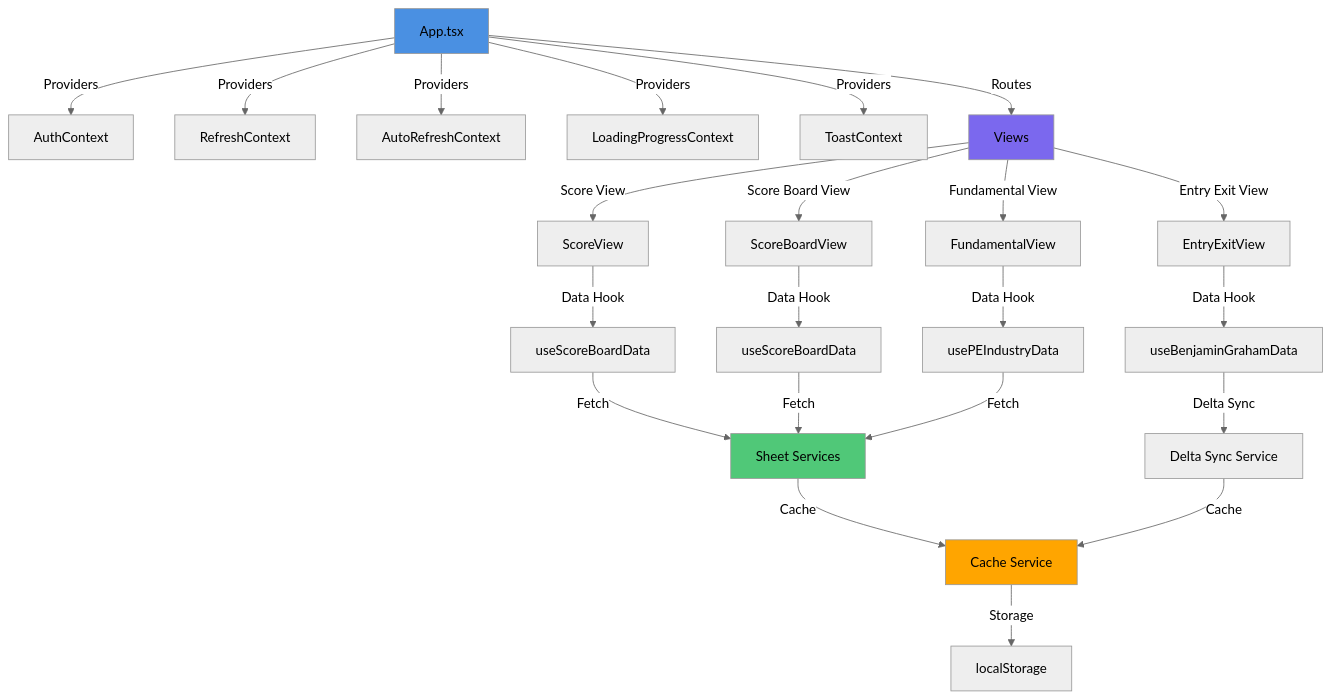
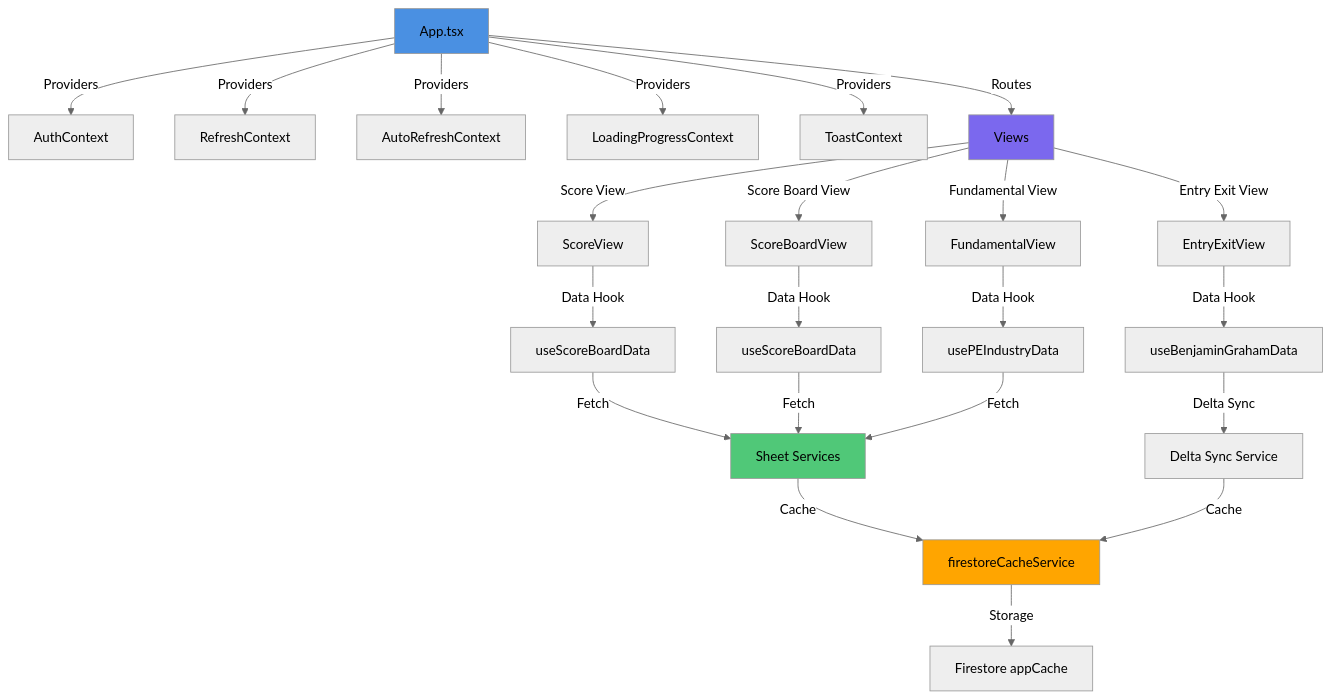
One commit to ABNAPP/STOCK-SCORE changed the fifth of 6 diagrams in README.md. Above: the diagram before and after it, drawn with Mermaid (neutral theme). The commit also changed other lines of this file, not shown here.

Commit message:
docs: update cache strategy to Firestore appCache (remove localStorage data cache)

````diff
--- a/README.md
+++ b/README.md
@@ -211,33 +206,33 @@
 ```mermaid
 graph TD
     A[App.tsx] -->|Providers| B[AuthContext]
     A -->|Providers| C[RefreshContext]
     A -->|Providers| D[AutoRefreshContext]
     A -->|Providers| E[LoadingProgressContext]
     A -->|Providers| F[ToastContext]
     
     A -->|Routes| G[Views]
     G -->|Score View| H[ScoreView]
     G -->|Score Board View| I[ScoreBoardView]
     G -->|Entry Exit View| J[EntryExitView]
     G -->|Fundamental View| K[FundamentalView]
     
     H -->|Data Hook| L[useScoreBoardData]
     I -->|Data Hook| M[useScoreBoardData]
     J -->|Data Hook| N[useBenjaminGrahamData]
     K -->|Data Hook| O[usePEIndustryData]
     
     L -->|Fetch| P[Sheet Services]
     M -->|Fetch| P
     N -->|Delta Sync| Q[Delta Sync Service]
     O -->|Fetch| P
     
-    P -->|Cache| R[Cache Service]
+    P -->|Cache| R[firestoreCacheService]
     Q -->|Cache| R
-    R -->|Storage| S[localStorage]
+    R -->|Storage| S[Firestore appCache]
     
     style A fill:#4a90e2
     style G fill:#7b68ee
     style P fill:#50c878
     style R fill:#ffa500
 ```
````
